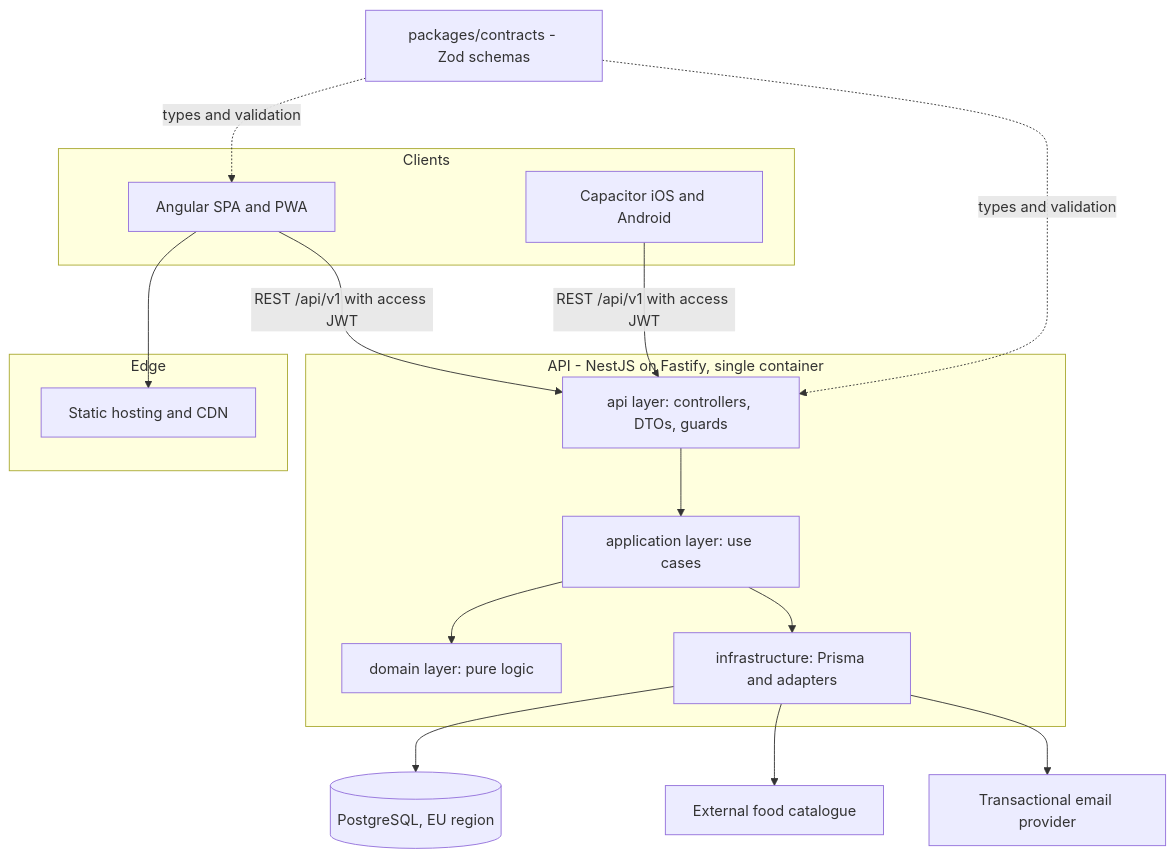
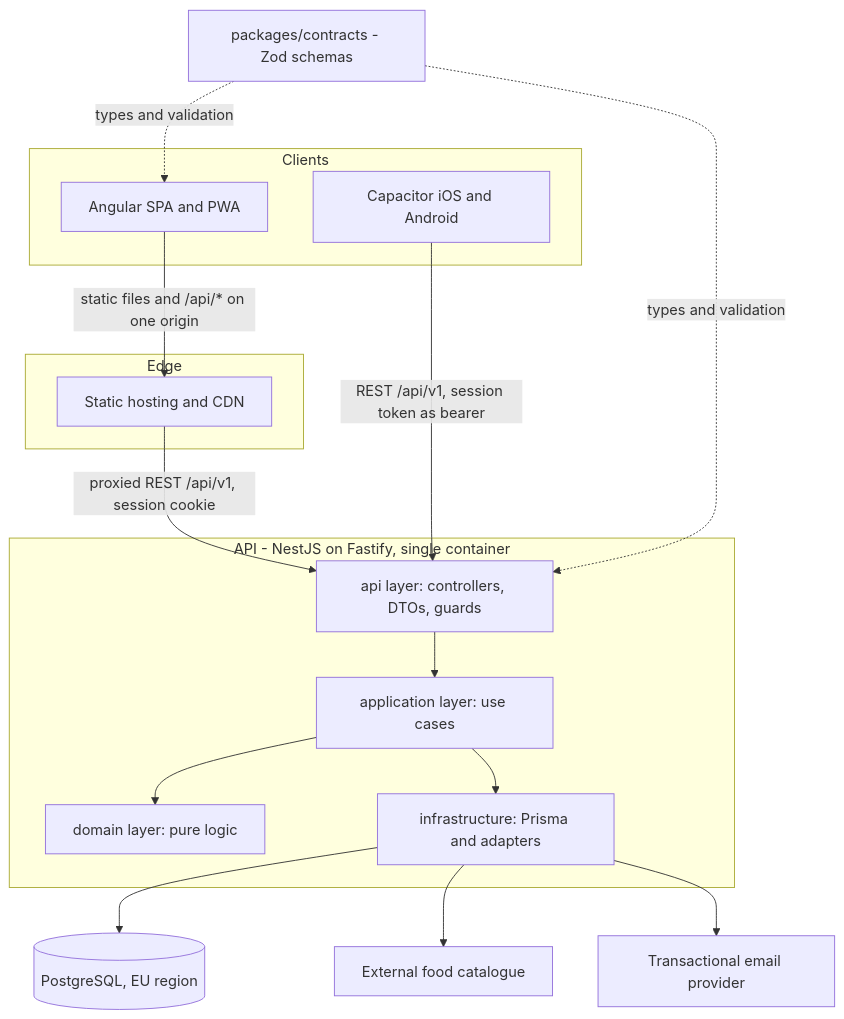
One commit to pibloo94/my-fit-track changed the first of 4 diagrams in docs/ARCHITECTURE.md. Above: the diagram before and after it, drawn with Mermaid. The commit also changed other lines of this file and 15 other files, not shown here.

````diff
--- a/docs/ARCHITECTURE.md
+++ b/docs/ARCHITECTURE.md
@@ -116,35 +120,35 @@
 ```mermaid
 graph TB
   subgraph clients [Clients]
     Web["Angular SPA and PWA"]
     Native["Capacitor iOS and Android"]
   end
 
   subgraph edge [Edge]
     CDN["Static hosting and CDN"]
   end
 
   subgraph api ["API - NestJS on Fastify, single container"]
     ApiLayer["api layer: controllers, DTOs, guards"]
     AppLayer["application layer: use cases"]
     DomainLayer["domain layer: pure logic"]
     InfraLayer["infrastructure: Prisma and adapters"]
   end
 
   Contracts["packages/contracts - Zod schemas"]
   DB[("PostgreSQL, EU region")]
   FoodApi["External food catalogue"]
   Mail["Transactional email provider"]
 
-  Web --> CDN
-  Web -->|"REST /api/v1 with access JWT"| ApiLayer
-  Native -->|"REST /api/v1 with access JWT"| ApiLayer
+  Web -->|"static files and /api/* on one origin"| CDN
+  CDN -->|"proxied REST /api/v1, session cookie"| ApiLayer
+  Native -->|"REST /api/v1, session token as bearer"| ApiLayer
   ApiLayer --> AppLayer
   AppLayer --> DomainLayer
   AppLayer --> InfraLayer
   InfraLayer --> DB
   InfraLayer --> FoodApi
   InfraLayer --> Mail
   Contracts -.->|"types and validation"| Web
   Contracts -.->|"types and validation"| ApiLayer
 ```
````
